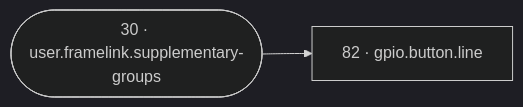
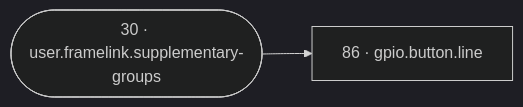
Before and after one commit to SixFive7/FrameLink: diagram 20 of 21 in reference/reconcile-dag.md, drawn with Mermaid (dark theme). The commit also changed other lines of this file and 10 other files, not shown here.

````diff
--- a/reference/reconcile-dag.md
+++ b/reference/reconcile-dag.md
@@ -519,6 +535,6 @@
 ```mermaid
 flowchart LR
-  r82["82 · gpio.button.line"]
+  r86["86 · gpio.button.line"]
   r30(["30 · user.framelink.supplementary-groups"])
-  r30 --> r82
+  r30 --> r86
 ```
````
